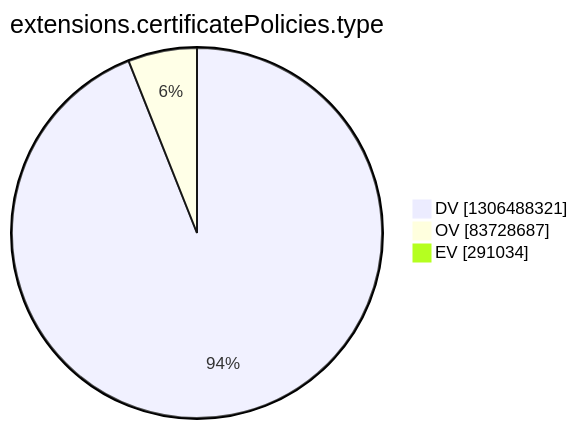
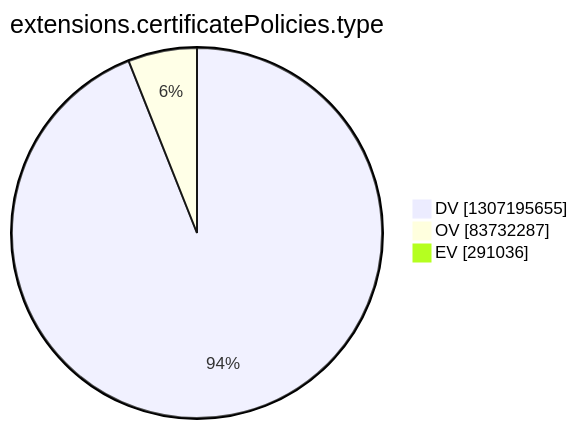
The tenth of 15 diagrams in argon2022/README.md (christiankrug/ctmonitor_visualization), drawn with Mermaid before and after one commit. The commit also changed other lines of this file, not shown here.

````diff
--- a/argon2022/README.md
+++ b/argon2022/README.md
@@ -2772,7 +2772,7 @@
 ```mermaid
 pie showData
 title extensions.certificatePolicies.type
-"DV" :1306488321
-"OV" :83728687
-"EV" :291034
+"DV" :1307195655
+"OV" :83732287
+"EV" :291036
 ```
````
